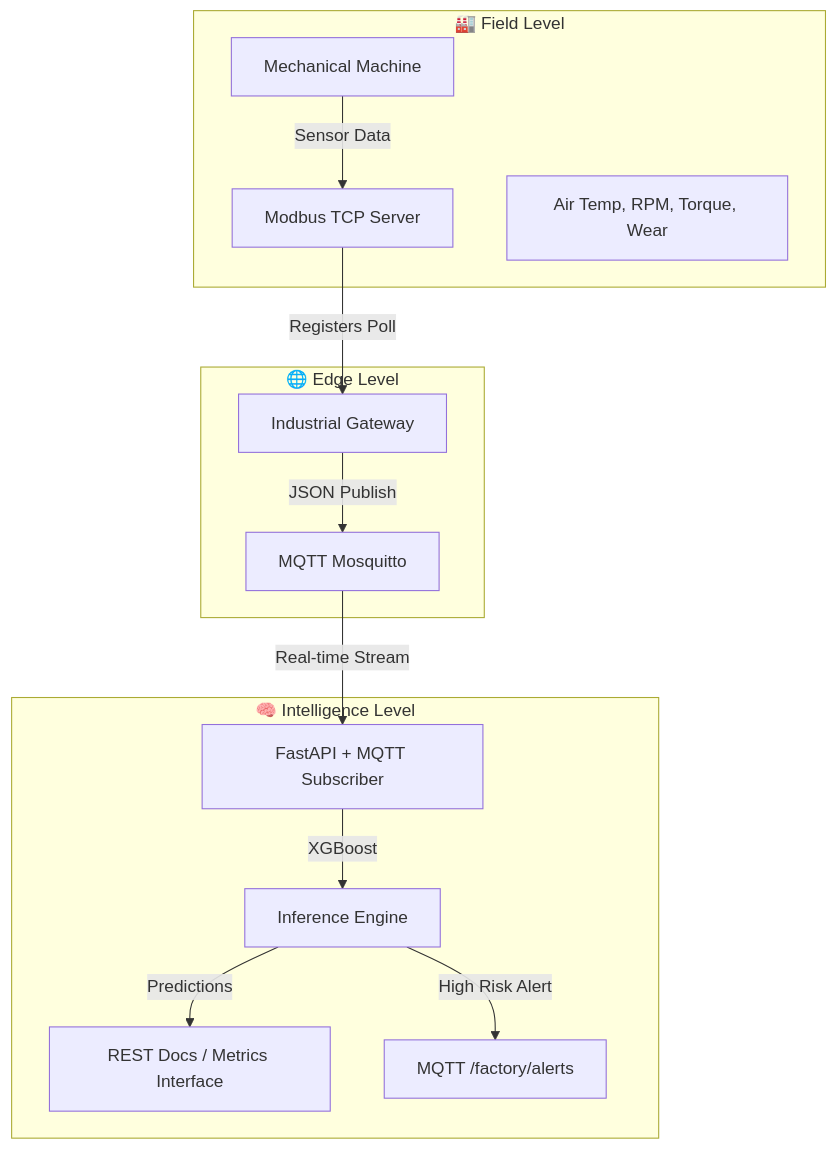
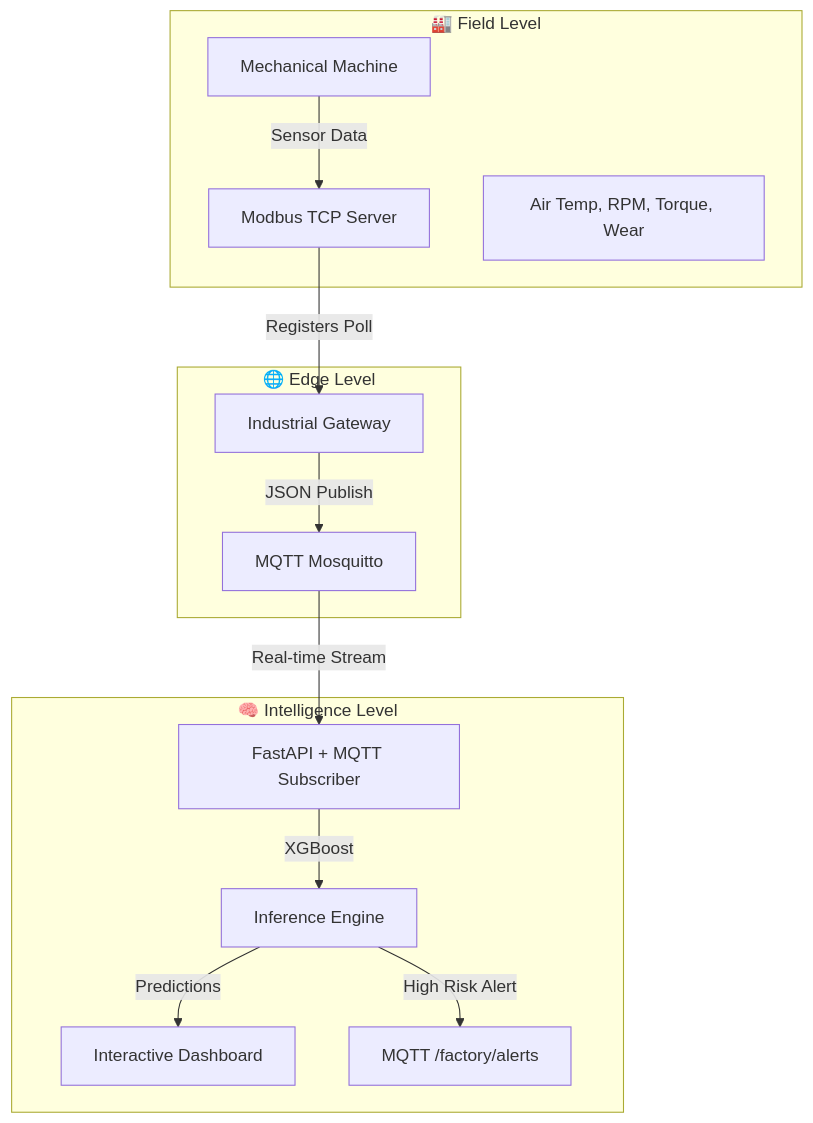
The diagram in README.md (flxhrdyn/iot-predictive-maintenance), drawn with Mermaid before and after one commit. The commit also changed other lines of this file and 4 other files, not shown here.

````diff
--- a/README.md
+++ b/README.md
@@ -51,19 +48,19 @@
 ```mermaid
 graph TD
     subgraph PLC_Field_Level [🏭 Field Level]
         M1[Mechanical Machine] -->|Sensor Data| PLC[Modbus TCP Server]
         Note1[Air Temp, RPM, Torque, Wear]
     end
     
     subgraph Gateway_Edge_Level [🌐 Edge Level]
         PLC -->|Registers Poll| GW[Industrial Gateway]
         GW -->|JSON Publish| Broker[MQTT Mosquitto]
     end
     
     subgraph AI_Cloud_Level [🧠 Intelligence Level]
         Broker -->|Real-time Stream| API[FastAPI + MQTT Subscriber]
         API -->|XGBoost| Model[Inference Engine]
-        Model -->|Predictions| UI[REST Docs / Metrics Interface]
+        Model -->|Predictions| UI[Interactive Dashboard]
         Model -->|High Risk Alert| AlertTopic[MQTT /factory/alerts]
     end
 ```
````
